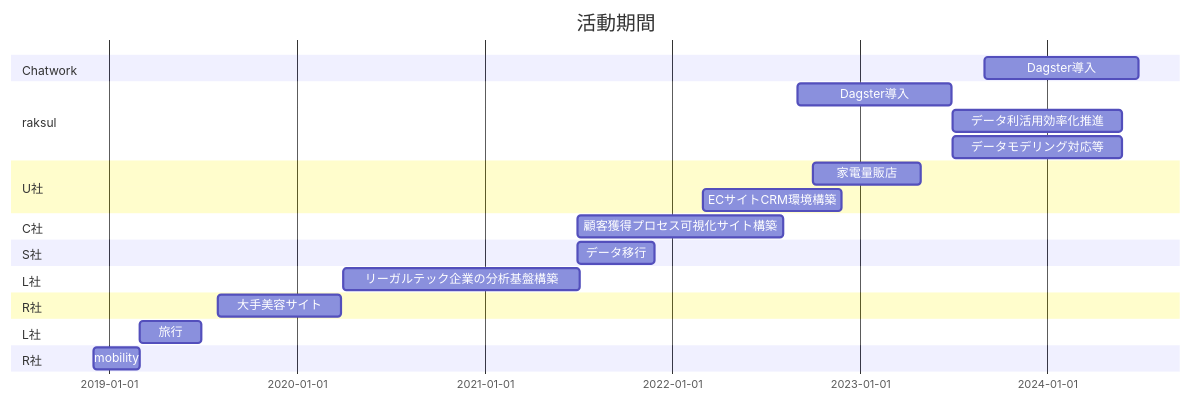
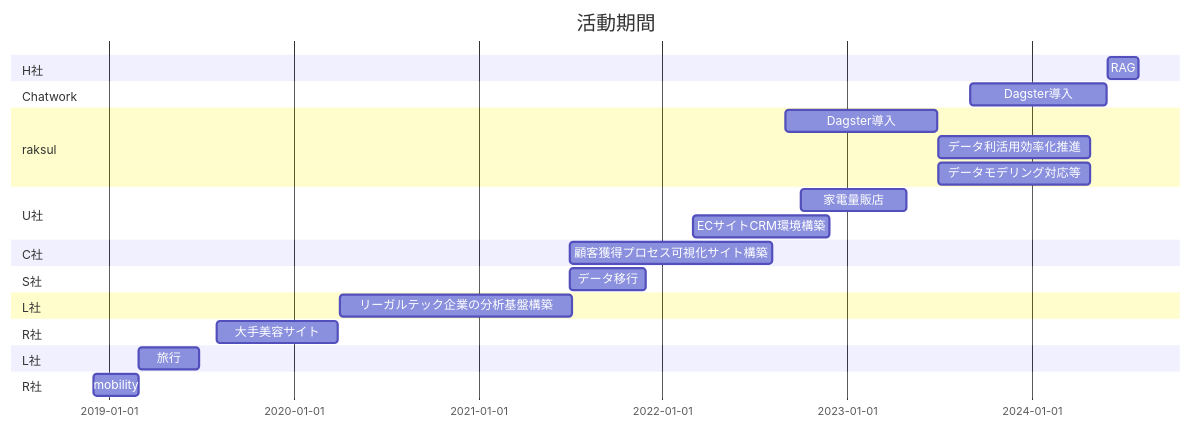
The diagram in README.md (sista05/Curriculum-Vitae), drawn with Mermaid before and after one commit. The commit also changed other lines of this file and 1 other file, not shown here.

````diff
--- a/README.md
+++ b/README.md
@@ -202,35 +203,37 @@
 ```mermaid
 gantt
     title 活動期間
     todayMarker off
+    section H社
+        RAG :2024-06-01, 60d
+
     section Chatwork
-        Dagster導入  :2023-09-01, 300d
+        Dagster導入  :2023-09-01, 270d
 
     section raksul
         Dagster導入 : 2022-09-01, 300d
-        データ利活用効率化推進 : 2023-07-01, 330d
-        データモデリング対応等 : 2023-07-01, 330d
-
+        データ利活用効率化推進 : 2023-07-01, 300d
+        データモデリング対応等 : 2023-07-01, 300d
     section U社
         家電量販店 : 2022-10-01, 210d
         ECサイトCRM環境構築 : 2022-03-01, 270d
 
     section C社
         顧客獲得プロセス可視化サイト構築 :2021-07-01, 400d
 
     section S社
         データ移行 :2021-07-01, 150d
-        
+
     section L社
         リーガルテック企業の分析基盤構築 :2020-04-01, 460d
 
     section R社
         大手美容サイト : 2019-08-01, 240d
 
     section L社 
         旅行 : 2019-03-01, 120d
 
     section R社 
         mobility : 2018-12-01, 90d
 
 ```
````
